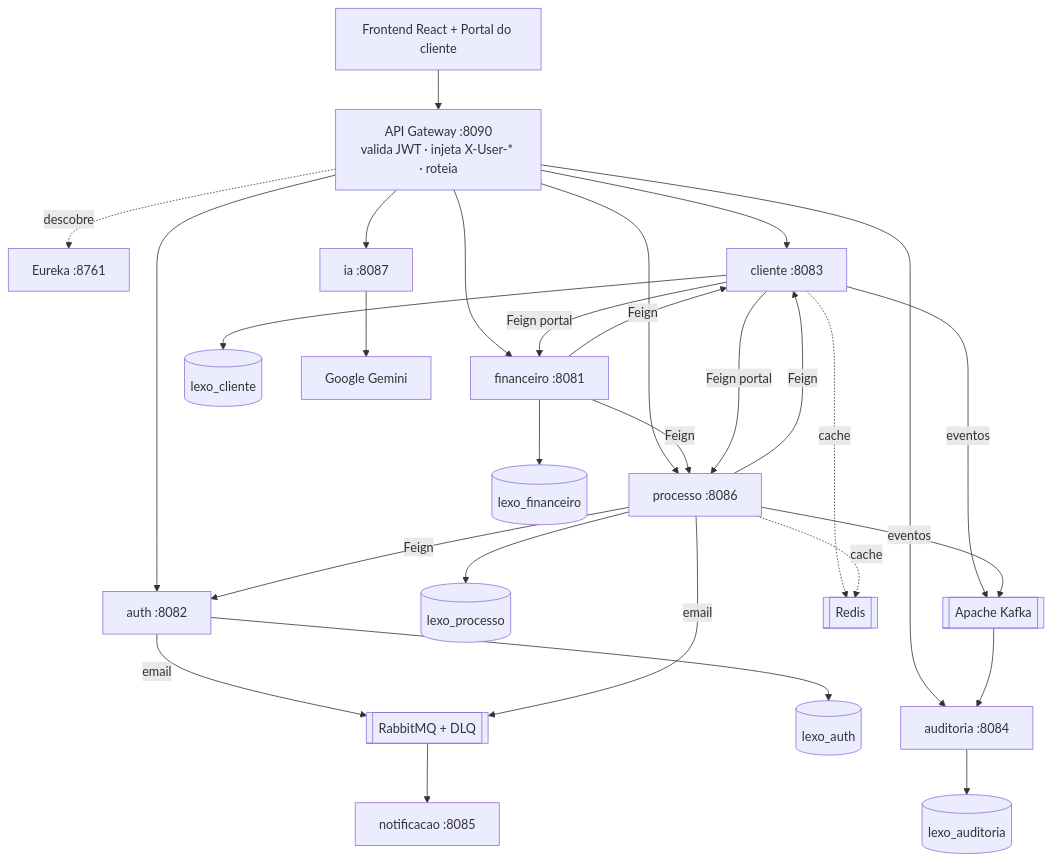
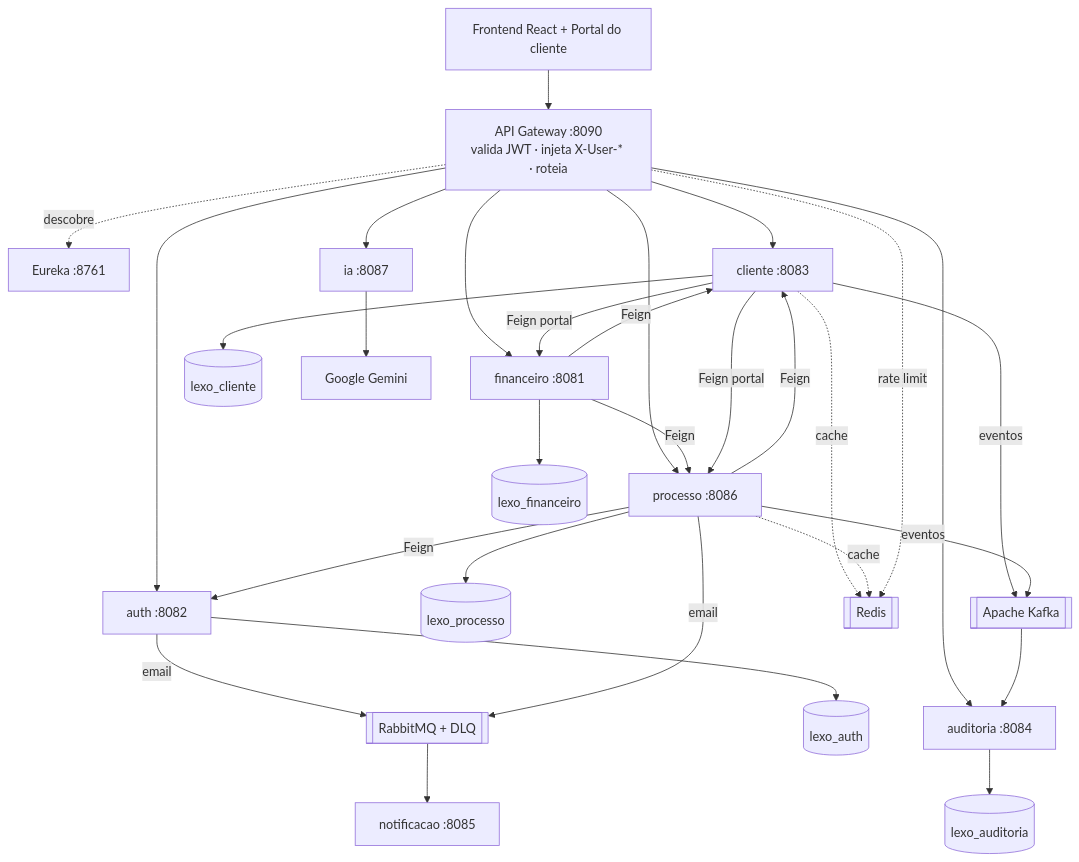
Before and after one commit to KauanDiNubila/lexo-backend: the diagram in README.md, drawn with Mermaid. The commit also changed other lines of this file, not shown here.

Commit message:
Atualiza README com o rate limiting geral do gateway

````diff
--- a/README.md
+++ b/README.md
@@ -45,35 +45,36 @@
 ```mermaid
 flowchart TB
     FE["Frontend React + Portal do cliente"] --> GW["API Gateway :8090<br/>valida JWT · injeta X-User-* · roteia"]
     GW -. descobre .-> EUREKA["Eureka :8761"]
 
     GW --> AUTH["auth :8082"]
     GW --> CLI["cliente :8083"]
     GW --> PROC["processo :8086"]
     GW --> FIN["financeiro :8081"]
     GW --> IA["ia :8087"]
     GW --> AUD["auditoria :8084"]
 
     AUTH --> DBA[("lexo_auth")]
     CLI --> DBC[("lexo_cliente")]
     PROC --> DBP[("lexo_processo")]
     FIN --> DBF[("lexo_financeiro")]
     AUD --> DBAU[("lexo_auditoria")]
 
     PROC -- Feign --> CLI
     PROC -- Feign --> AUTH
     FIN -- Feign --> CLI
     FIN -- Feign --> PROC
     CLI -- Feign portal --> PROC
     CLI -- Feign portal --> FIN
 
     CLI -- eventos --> KAFKA[["Apache Kafka"]]
     PROC -- eventos --> KAFKA
     KAFKA --> AUD
     AUTH -- email --> RABBIT[["RabbitMQ + DLQ"]]
     PROC -- email --> RABBIT
     RABBIT --> NOT["notificacao :8085"]
     CLI -. cache .-> REDIS[["Redis"]]
     PROC -. cache .-> REDIS
+    GW -. rate limit .-> REDIS
     IA --> GEMINI["Google Gemini"]
 ```
````
